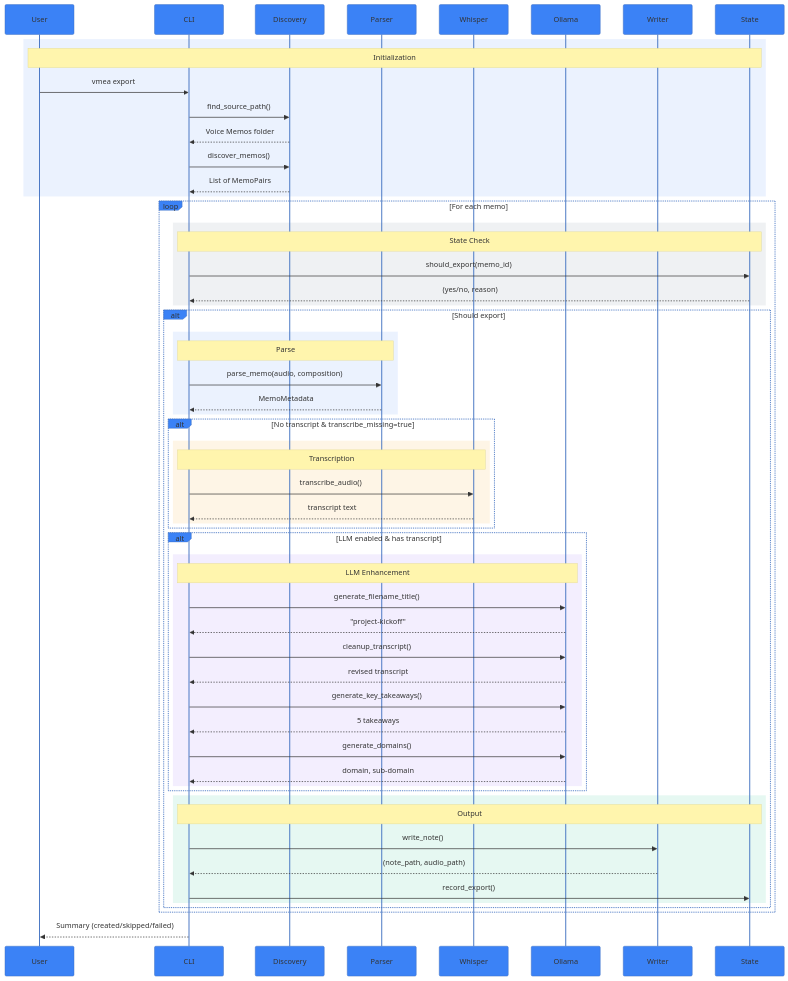
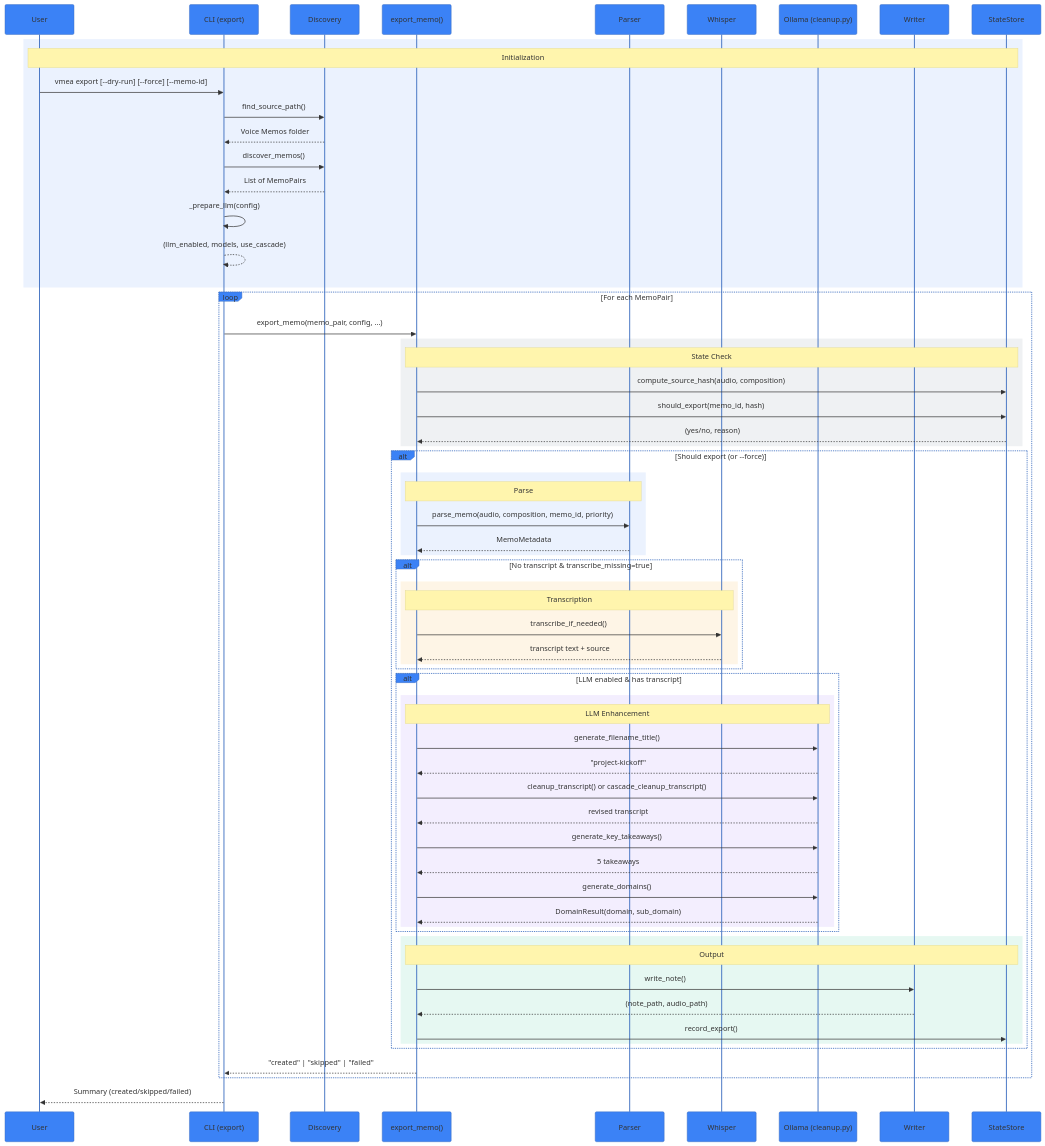
One commit to klappe-pm/Apple-Voice-Memo-Export-to-Markdown changed the diagram in docs/diagrams/export-sequence-diagram.md. Above: the diagram before and after it, drawn with Mermaid. The commit also changed other lines of this file and 12 other files, not shown here.

First line of the commit message:
Restructure docs: simplify README, add dedicated guide files, update diagrams

````diff
--- a/docs/diagrams/export-sequence-diagram.md
+++ b/docs/diagrams/export-sequence-diagram.md
@@ -5,68 +5,76 @@
 ```mermaid
 %%{init: {'theme': 'base', 'themeVariables': { 'primaryColor': '#3b82f6', 'secondaryColor': '#f59e0b', 'tertiaryColor': '#8b5cf6'}}}%%
 sequenceDiagram
     participant User
-    participant CLI
+    participant CLI as CLI (export)
     participant Discovery
+    participant ExportMemo as export_memo()
     participant Parser
     participant Whisper
-    participant Ollama
+    participant Ollama as Ollama (cleanup.py)
     participant Writer
-    participant State
+    participant State as StateStore
 
     rect rgb(59, 130, 246, 0.1)
         Note over User,State: Initialization
-        User->>CLI: vmea export
+        User->>CLI: vmea export [--dry-run] [--force] [--memo-id]
         CLI->>Discovery: find_source_path()
         Discovery-->>CLI: Voice Memos folder
         CLI->>Discovery: discover_memos()
         Discovery-->>CLI: List of MemoPairs
+        CLI->>CLI: _prepare_llm(config)
+        CLI-->>CLI: (llm_enabled, models, use_cascade)
     end
     
-    loop For each memo
+    loop For each MemoPair
+        CLI->>ExportMemo: export_memo(memo_pair, config, ...)
+
         rect rgb(100, 116, 139, 0.1)
-            Note over CLI,State: State Check
-            CLI->>State: should_export(memo_id)
-            State-->>CLI: (yes/no, reason)
+            Note over ExportMemo,State: State Check
+            ExportMemo->>State: compute_source_hash(audio, composition)
+            ExportMemo->>State: should_export(memo_id, hash)
+            State-->>ExportMemo: (yes/no, reason)
         end
         
-        alt Should export
+        alt Should export (or --force)
             rect rgb(59, 130, 246, 0.1)
-                Note over CLI,Parser: Parse
-                CLI->>Parser: parse_memo(audio, composition)
-                Parser-->>CLI: MemoMetadata
+                Note over ExportMemo,Parser: Parse
+                ExportMemo->>Parser: parse_memo(audio, composition, memo_id, priority)
+                Parser-->>ExportMemo: MemoMetadata
             end
             
             alt No transcript & transcribe_missing=true
                 rect rgb(245, 158, 11, 0.1)
-                    Note over CLI,Whisper: Transcription
-                    CLI->>Whisper: transcribe_audio()
-                    Whisper-->>CLI: transcript text
+                    Note over ExportMemo,Whisper: Transcription
+                    ExportMemo->>Whisper: transcribe_if_needed()
+                    Whisper-->>ExportMemo: transcript text + source
                 end
             end
             
             alt LLM enabled & has transcript
                 rect rgb(139, 92, 246, 0.1)
-                    Note over CLI,Ollama: LLM Enhancement
-                    CLI->>Ollama: generate_filename_title()
-                    Ollama-->>CLI: "project-kickoff"
-                    CLI->>Ollama: cleanup_transcript()
-                    Ollama-->>CLI: revised transcript
-                    CLI->>Ollama: generate_key_takeaways()
-                    Ollama-->>CLI: 5 takeaways
-                    CLI->>Ollama: generate_domains()
-                    Ollama-->>CLI: domain, sub-domain
+                    Note over ExportMemo,Ollama: LLM Enhancement
+                    ExportMemo->>Ollama: generate_filename_title()
+                    Ollama-->>ExportMemo: "project-kickoff"
+                    ExportMemo->>Ollama: cleanup_transcript() or cascade_cleanup_transcript()
+                    Ollama-->>ExportMemo: revised transcript
+                    ExportMemo->>Ollama: generate_key_takeaways()
+                    Ollama-->>ExportMemo: 5 takeaways
+                    ExportMemo->>Ollama: generate_domains()
+                    Ollama-->>ExportMemo: DomainResult(domain, sub_domain)
                 end
             end
             
             rect rgb(16, 185, 129, 0.1)
-                Note over CLI,State: Output
-                CLI->>Writer: write_note()
-                Writer-->>CLI: (note_path, audio_path)
-                CLI->>State: record_export()
+                Note over ExportMemo,State: Output
+                ExportMemo->>Writer: write_note()
+                Writer-->>ExportMemo: (note_path, audio_path)
+                ExportMemo->>State: record_export()
             end
         end
+
+        ExportMemo-->>CLI: "created" | "skipped" | "failed"
     end
     
     CLI-->>User: Summary (created/skipped/failed)
 ```
````
